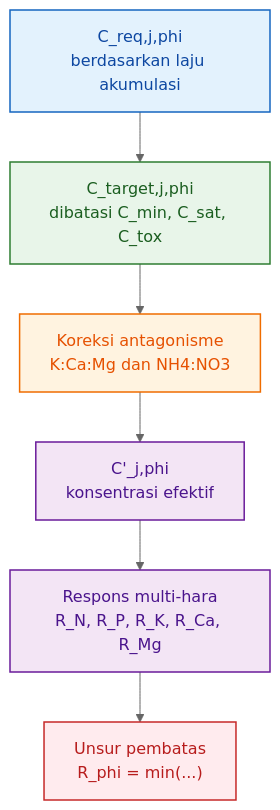
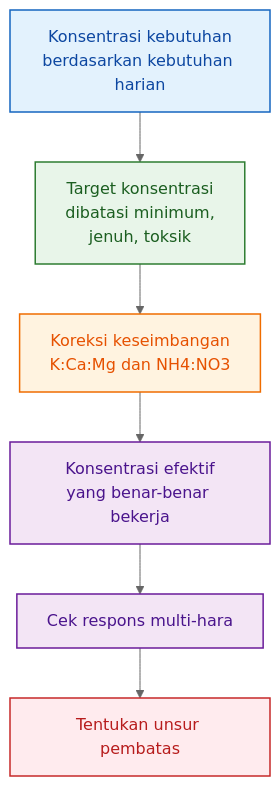
Before and after one commit to slametsampon/kawruhnology: diagram 11 of 15 in content/blog/agri/kebon/model-formula-hara.mdx, drawn with Mermaid (neutral theme). The commit also changed other lines of this file and 4 other files, not shown here.

````diff
--- a/content/blog/agri/kebon/model-formula-hara.mdx
+++ b/content/blog/agri/kebon/model-formula-hara.mdx
@@ -3138,20 +2939,20 @@
 ```mermaid id="bab8-alur-koreksi"
 flowchart TD
-    A["C_req,j,phi<br/>berdasarkan laju akumulasi"] --> B["C_target,j,phi<br/>dibatasi C_min, C_sat, C_tox"]
-    B --> C["Koreksi antagonisme<br/>K:Ca:Mg dan NH4:NO3"]
-    C --> D["C'_j,phi<br/>konsentrasi efektif"]
-    D --> E["Respons multi-hara<br/>R_N, R_P, R_K, R_Ca, R_Mg"]
-    E --> F["Unsur pembatas<br/>R_phi = min(...)"]
+    A["Konsentrasi kebutuhan<br/>berdasarkan kebutuhan harian"] --> B["Target konsentrasi<br/>dibatasi minimum,<br/>jenuh, toksik"]
+    B --> C["Koreksi keseimbangan<br/>K:Ca:Mg dan NH4:NO3"]
+    C --> D["Konsentrasi efektif<br/>yang benar-benar bekerja"]
+    D --> E["Cek respons multi-hara"]
+    E --> F["Tentukan unsur pembatas"]
 
     classDef req fill:#E3F2FD,stroke:#1565C0,stroke-width:1.5px,color:#0D47A1;
     classDef target fill:#E8F5E9,stroke:#2E7D32,stroke-width:1.5px,color:#1B5E20;
     classDef ant fill:#FFF3E0,stroke:#EF6C00,stroke-width:1.5px,color:#E65100;
     classDef efektif fill:#F3E5F5,stroke:#6A1B9A,stroke-width:1.5px,color:#4A148C;
     classDef batas fill:#FFEBEE,stroke:#C62828,stroke-width:1.5px,color:#B71C1C;
 
     class A req;
     class B target;
     class C ant;
     class D,E efektif;
     class F batas;
 ```
````
